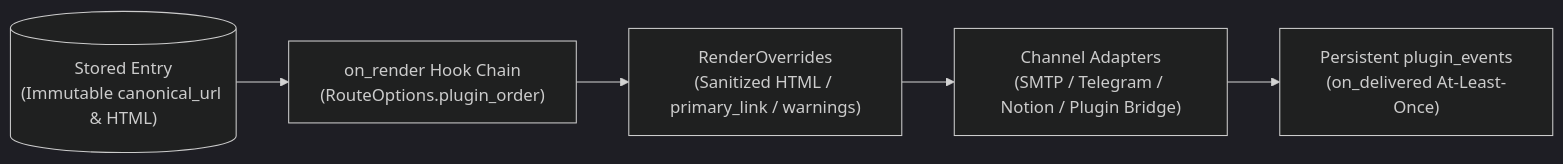
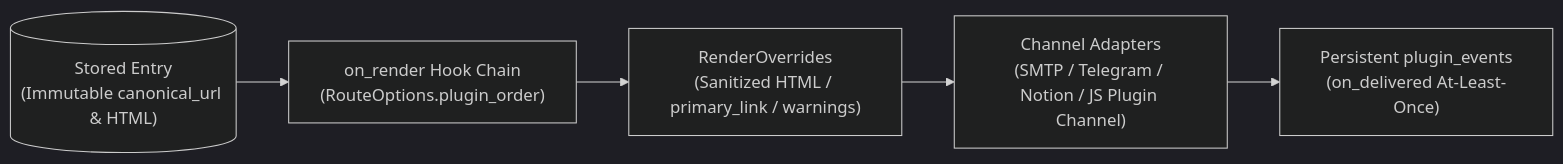
The diagram in docs/plugins/index.md (ElleryHe/FeedCourier), drawn with Mermaid (dark theme) before and after one commit. The commit also changed other lines of this file and 45 other files, not shown here.

````diff
--- a/docs/plugins/index.md
+++ b/docs/plugins/index.md
@@ -9,7 +9,7 @@
 ```mermaid
 flowchart LR
     Entry[("Stored Entry\n(Immutable canonical_url & HTML)")] --> Hook["on_render Hook Chain\n(RouteOptions.plugin_order)"]
     Hook --> Overrides["RenderOverrides\n(Sanitized HTML / primary_link / warnings)"]
-    Overrides --> Channels["Channel Adapters\n(SMTP / Telegram / Notion / Plugin Bridge)"]
+    Overrides --> Channels["Channel Adapters\n(SMTP / Telegram / Notion / JS Plugin Channel)"]
     Channels --> Delivered["Persistent plugin_events\n(on_delivered At-Least-Once)"]
 ```
````
